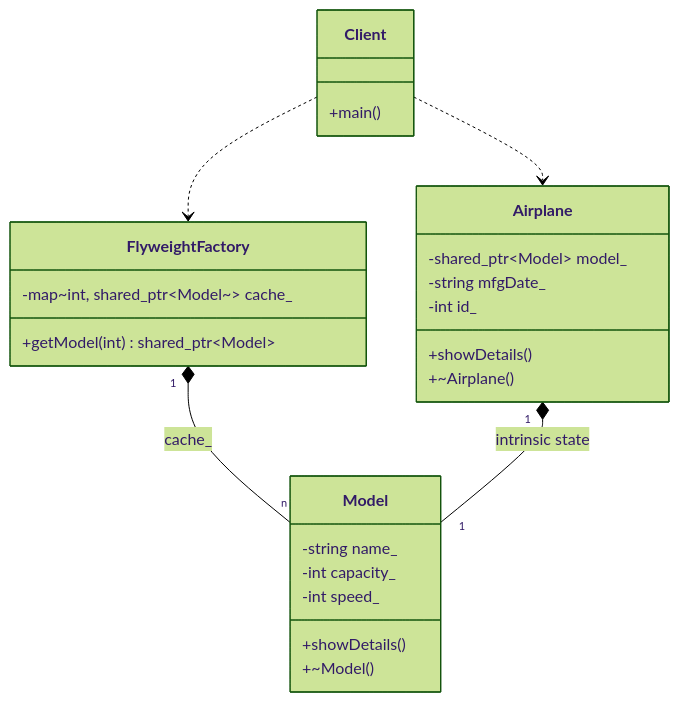
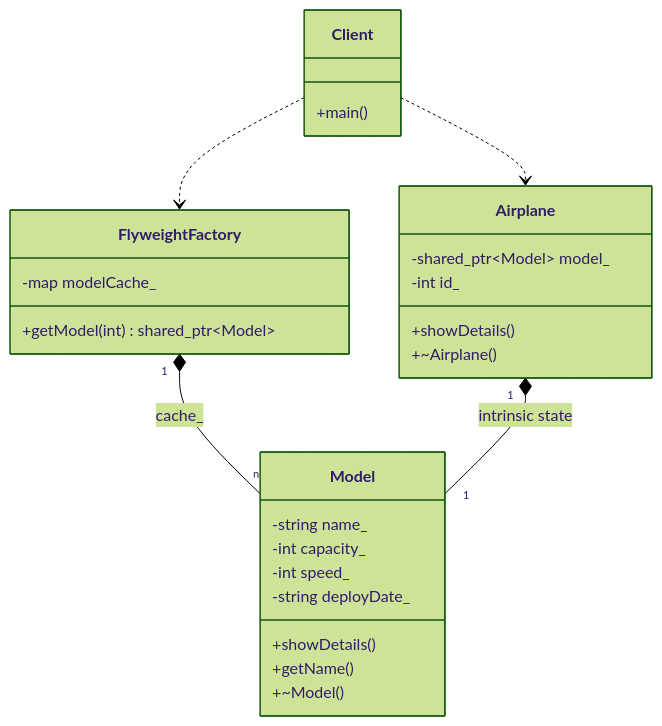
One commit to Cichlidfishexigency721/Modern-CPP-Design-Patterns changed the diagram in 13_Flyweight/README.md. Above: the diagram before and after it, drawn with Mermaid (forest theme).

Commit message:
UML improvement

````diff
--- a/13_Flyweight/README.md
+++ b/13_Flyweight/README.md
@@ -45,37 +45,38 @@
 ```mermaid
 classDiagram
    class Model {
       -string name_
       -int capacity_
       -int speed_
+      -string deployDate_
       +showDetails()
+      +getName()
       +~Model()
    }
 
    class FlyweightFactory {
-      -map~int, shared_ptr~Model~~ cache_
+      -map modelCache_
       +getModel(int) shared_ptr~Model~
    }
 
    class Airplane {
       -shared_ptr~Model~ model_
-      -string mfgDate_
       -int id_
       +showDetails()
       +~Airplane()
    }
 
    class Client {
       +main()
    }
 
    %% The Factory owns and manages the pool of shared models
    FlyweightFactory "1" *-- "n" Model : cache_
 
    %% Many Airplanes share the same single Model instance
    Airplane "1" *-- "1" Model : intrinsic state
 
    %% Client interacts with the factory to get models and creates airplanes
    Client ..> FlyweightFactory
    Client ..> Airplane
 ```
````
